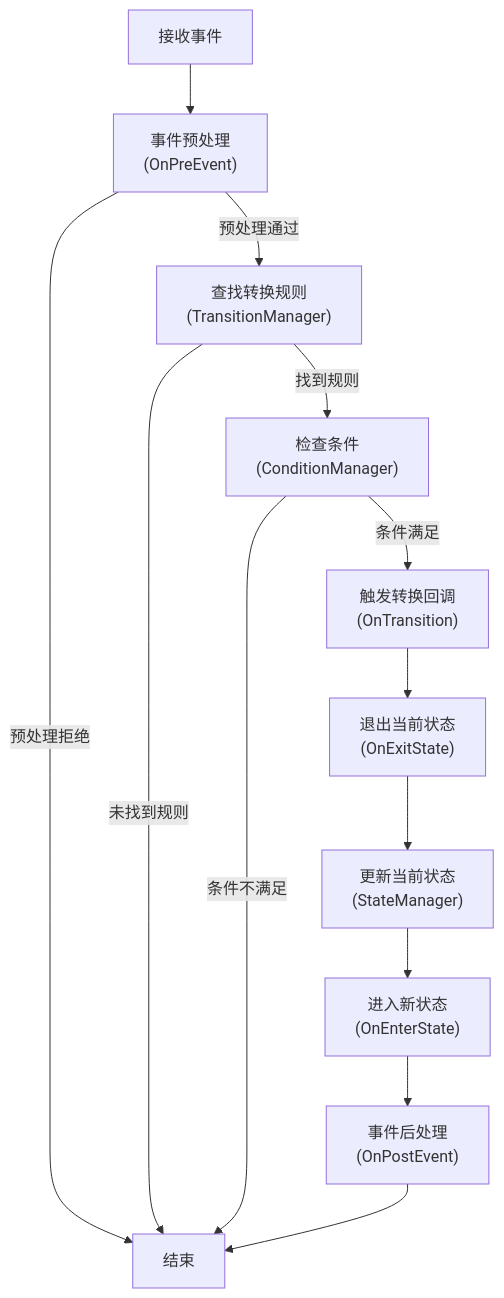
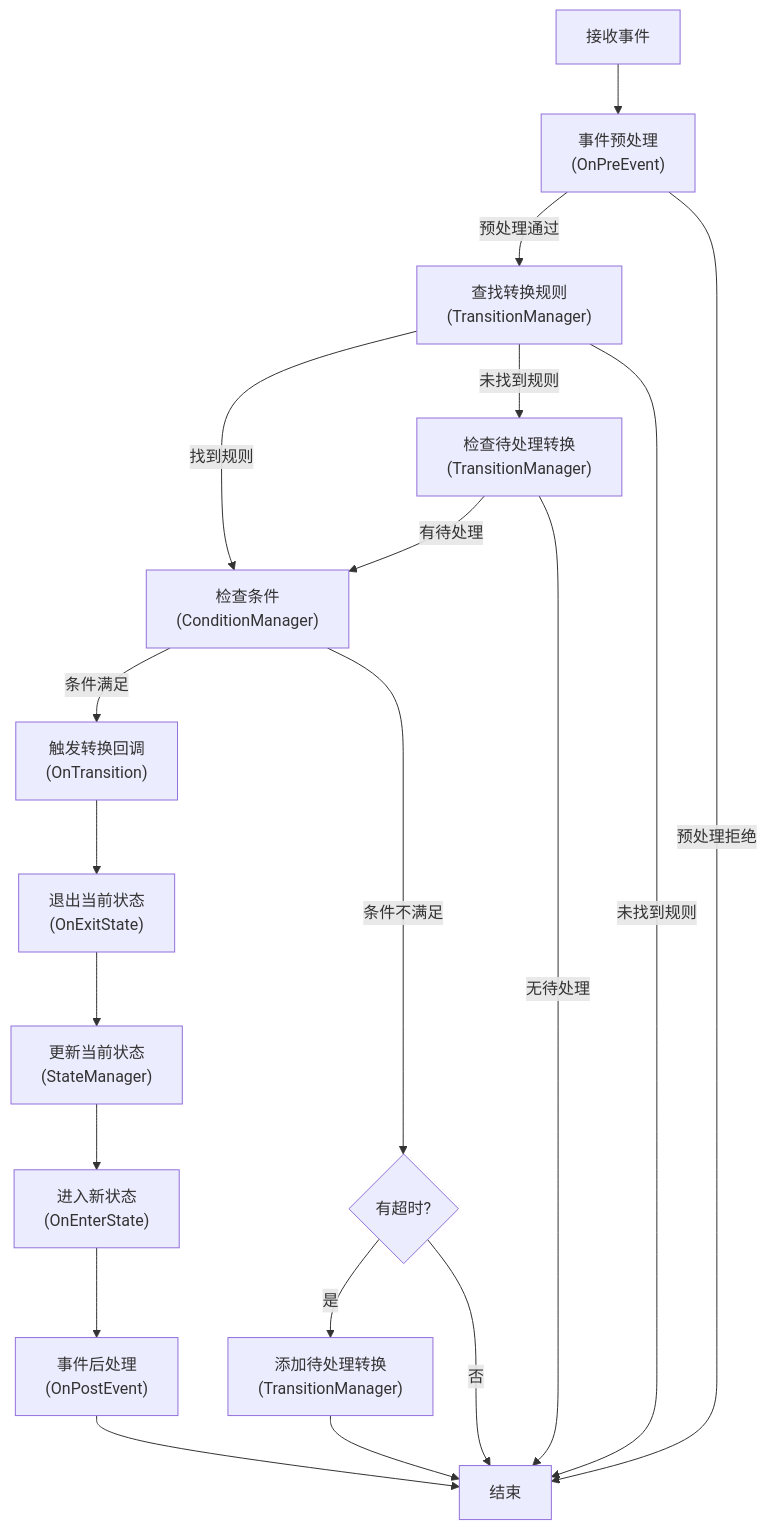
Before and after one commit to JUSTLIKEHU/StateMachine_Frame: the second of 6 diagrams in README_CN.md, drawn with Mermaid. The commit also changed other lines of this file and 25 other files, not shown here.

````diff
--- a/README_CN.md
+++ b/README_CN.md
@@ -1229,18 +1318,26 @@
 ```mermaid
 graph TD
     Start[接收事件] --> PreProcess["事件预处理<br>(OnPreEvent)"]
     PreProcess -- 预处理通过 --> FindRules["查找转换规则<br>(TransitionManager)"]
     PreProcess -- 预处理拒绝 --> End[结束]
     
     FindRules -- 找到规则 --> CheckCond["检查条件<br>(ConditionManager)"]
+    FindRules -- 未找到规则 --> CheckPending["检查待处理转换<br>(TransitionManager)"]
     FindRules -- 未找到规则 --> End
     
     CheckCond -- 条件满足 --> TransCallback["触发转换回调<br>(OnTransition)"]
-    CheckCond -- 条件不满足 --> End
+    CheckCond -- 条件不满足 --> CheckTimeout{"有超时?"}
+    
+    CheckTimeout -- 是 --> AddPending["添加待处理转换<br>(TransitionManager)"]
+    CheckTimeout -- 否 --> End
+    AddPending --> End
+    
+    CheckPending -- 有待处理 --> CheckCond
+    CheckPending -- 无待处理 --> End
     
     TransCallback --> ExitStates["退出当前状态<br>(OnExitState)"]
     ExitStates --> UpdateState["更新当前状态<br>(StateManager)"]
     UpdateState --> EnterStates["进入新状态<br>(OnEnterState)"]
     EnterStates --> PostProcess["事件后处理<br>(OnPostEvent)"]
     PostProcess --> End
 ```
````
